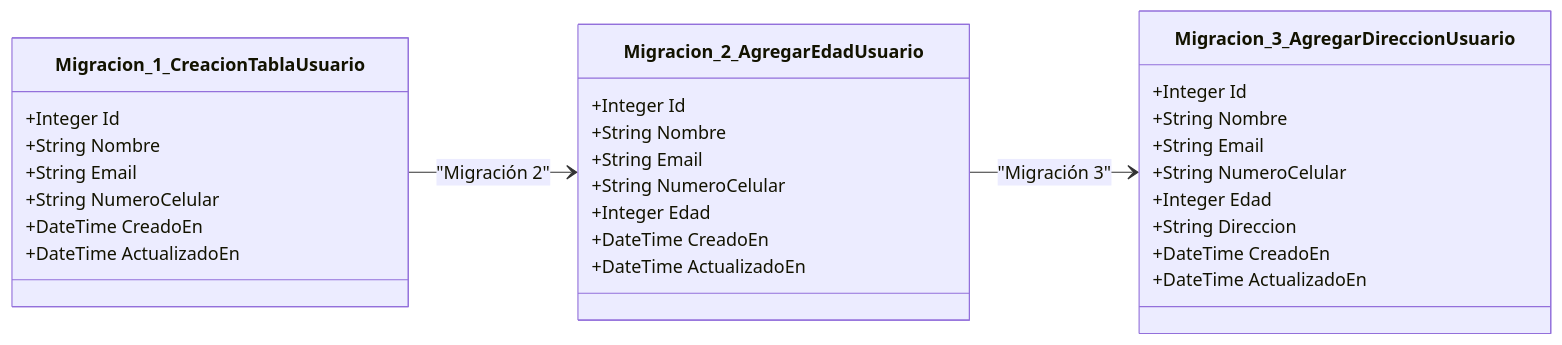
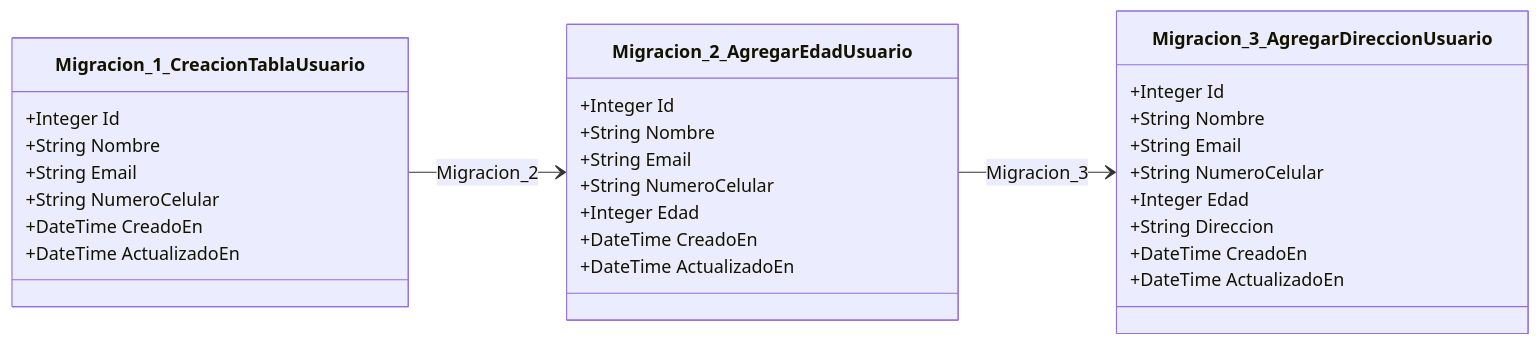
Before and after one commit to QuelaliUcatec/mantenimiento2: the second of 2 diagrams in practicas/p7-csharp-orm/README.md, drawn with Mermaid. The commit also changed 1 other file, not shown here.

Commit message:
correccion de diagramas mermaid

````diff
--- a/practicas/p7-csharp-orm/README.md
+++ b/practicas/p7-csharp-orm/README.md
@@ -148,36 +148,36 @@
 ```mermaid
 classDiagram
     direction LR
     class Migracion_1_CreacionTablaUsuario {
         +Integer Id
         +String Nombre
         +String Email
         +String NumeroCelular
         +DateTime CreadoEn
         +DateTime ActualizadoEn
     }
     
     class Migracion_2_AgregarEdadUsuario {
         +Integer Id
         +String Nombre
         +String Email
         +String NumeroCelular
         +Integer Edad
         +DateTime CreadoEn
         +DateTime ActualizadoEn
     }
     
     class Migracion_3_AgregarDireccionUsuario {
         +Integer Id
         +String Nombre
         +String Email
         +String NumeroCelular
         +Integer Edad
         +String Direccion
         +DateTime CreadoEn
         +DateTime ActualizadoEn
     }
 
-    Migracion_1_CreacionTablaUsuario --> Migracion_2_AgregarEdadUsuario : "Migración 2"
-    Migracion_2_AgregarEdadUsuario --> Migracion_3_AgregarDireccionUsuario : "Migración 3"
+    Migracion_1_CreacionTablaUsuario --> Migracion_2_AgregarEdadUsuario : Migracion_2
+    Migracion_2_AgregarEdadUsuario --> Migracion_3_AgregarDireccionUsuario : Migracion_3
 ```
````
